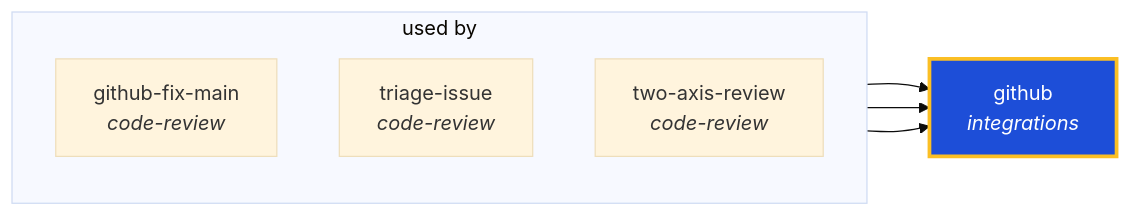
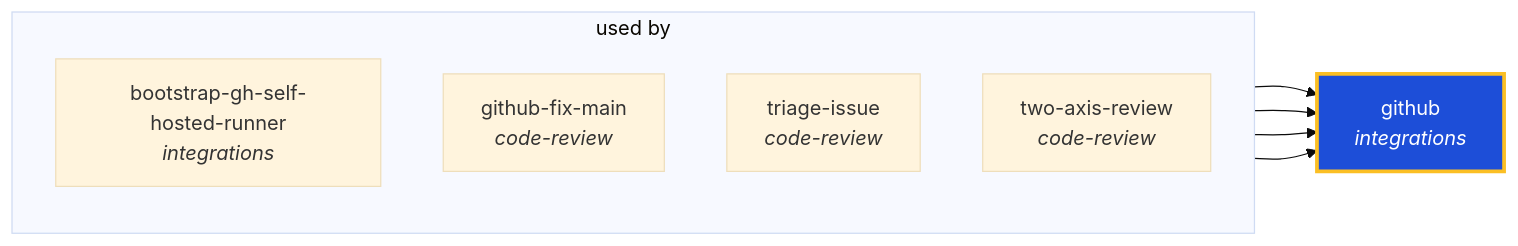
Before and after one commit to ThePlenkov/skills: the diagram in docs/graphs/generated/github.md, drawn with Mermaid (base theme). The commit also changed other lines of this file and 22 other files, not shown here.

````diff
--- a/docs/graphs/generated/github.md
+++ b/docs/graphs/generated/github.md
@@ -22,17 +22,19 @@
 ```mermaid
 graph LR
   github["github<br/><i>integrations</i>"]
   classDef center fill:#1d4ed8,stroke:#fbbf24,stroke-width:3px,color:#fff
   class github center
 
   subgraph sg_used_by["used by"]
     direction TB
+    bootstrap_gh_self_hosted_runner["bootstrap-gh-self-hosted-runner<br/><i>integrations</i>"]
     github_fix_main["github-fix-main<br/><i>code-review</i>"]
     triage_issue["triage-issue<br/><i>code-review</i>"]
     two_axis_review["two-axis-review<br/><i>code-review</i>"]
   end
+  bootstrap_gh_self_hosted_runner --> github
   github_fix_main --> github
   triage_issue --> github
   two_axis_review --> github
 
 ```
````
